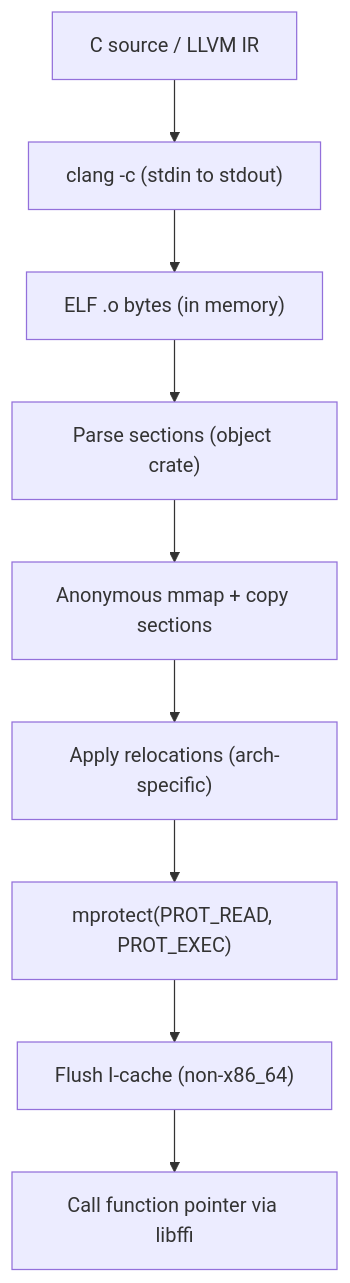
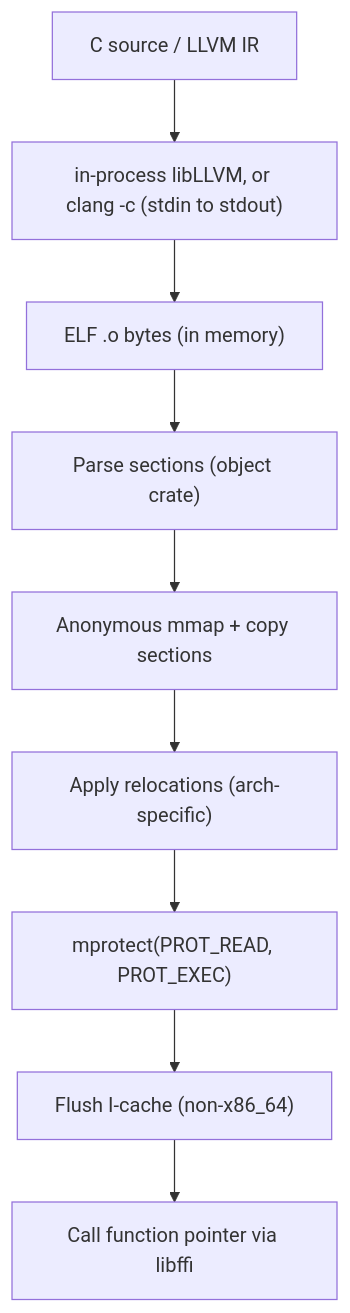
The diagram in website/docs/backends/jit-loader.md (npatsakula/morok), drawn with Mermaid before and after one commit. The commit also changed other lines of this file and 51 other files, not shown here.

````diff
--- a/website/docs/backends/jit-loader.md
+++ b/website/docs/backends/jit-loader.md
@@ -15,11 +17,11 @@
 ```mermaid
 flowchart TD
-  A["C source / LLVM IR"] --> B["clang -c (stdin to stdout)"]
+  A["C source / LLVM IR"] --> B["in-process libLLVM, or clang -c (stdin to stdout)"]
   B --> C["ELF .o bytes (in memory)"]
   C --> D["Parse sections (object crate)"]
   D --> E["Anonymous mmap + copy sections"]
   E --> F["Apply relocations (arch-specific)"]
   F --> G["mprotect(PROT_READ, PROT_EXEC)"]
   G --> H["Flush I-cache (non-x86_64)"]
   H --> I["Call function pointer via libffi"]
 ```
````
